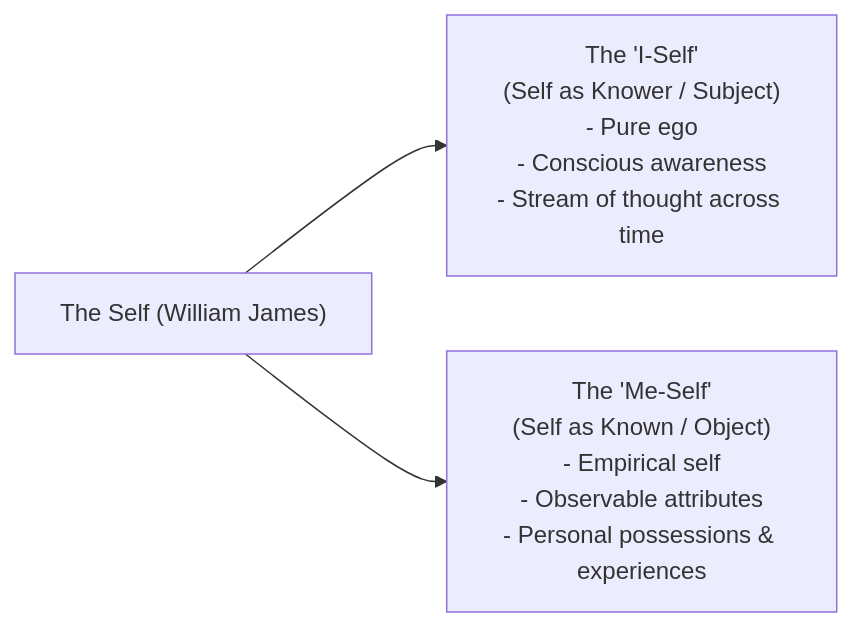
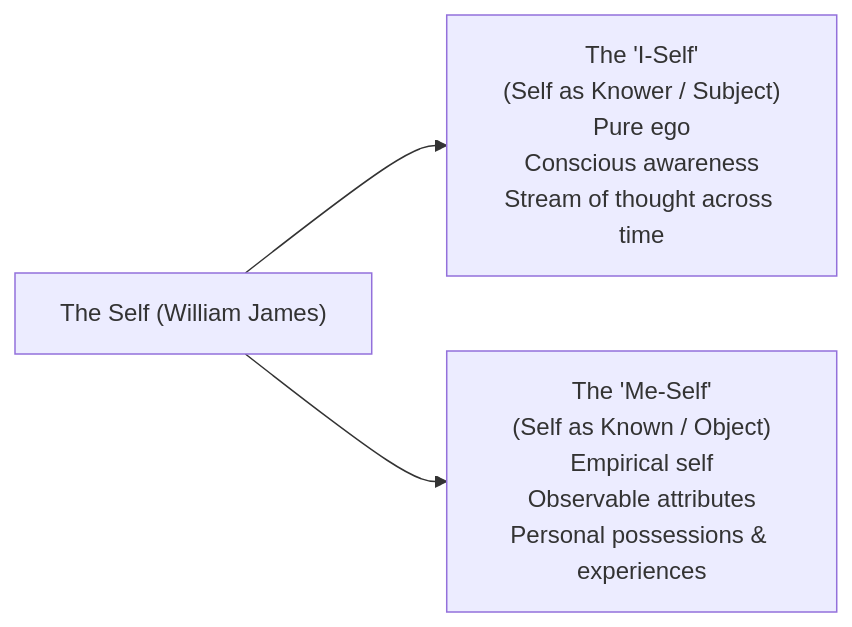
The second of 4 diagrams in content/Year 1/Understanding the Self/5. Psychological Perspective on Self.md (aidocmr/learn-bscs), drawn with Mermaid before and after one commit. The commit also changed 20 other files, not shown here.

First line of the commit message:
fix: Remove markdown lists and numbered prefixes from all Mermaid diagrams

````diff
--- a/content/Year 1/Understanding the Self/5. Psychological Perspective on Self.md
+++ b/content/Year 1/Understanding the Self/5. Psychological Perspective on Self.md
@@ -25,5 +25,5 @@
 ```mermaid
 graph LR
-    Self["The Self (William James)"] --> ISelf["The 'I-Self'<br/>(Self as Knower / Subject)<br/>- Pure ego<br/>- Conscious awareness<br/>- Stream of thought across time"]
-    Self --> MeSelf["The 'Me-Self'<br/>(Self as Known / Object)<br/>- Empirical self<br/>- Observable attributes<br/>- Personal possessions & experiences"]
+    Self["The Self (William James)"] --> ISelf["The 'I-Self'<br/>(Self as Knower / Subject)<br/>Pure ego<br/>Conscious awareness<br/>Stream of thought across time"]
+    Self --> MeSelf["The 'Me-Self'<br/>(Self as Known / Object)<br/>Empirical self<br/>Observable attributes<br/>Personal possessions & experiences"]
 ```
````
